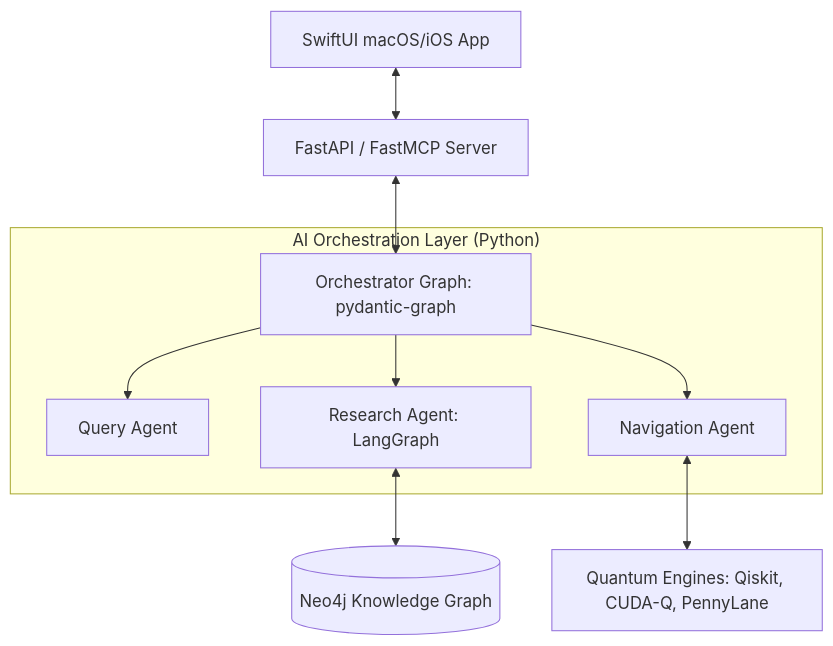
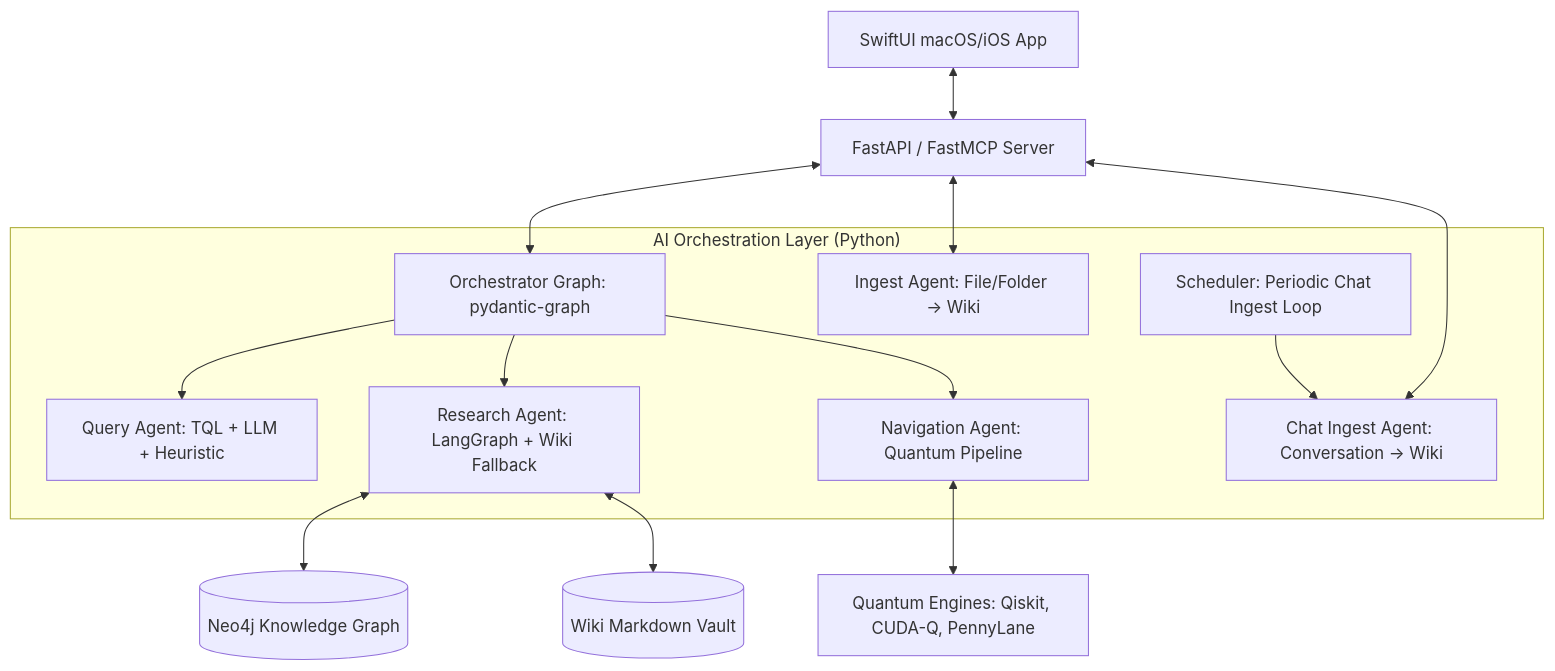
The diagram in README.md (mainza-ai/chickensoup), drawn with Mermaid before and after one commit. The commit also changed other lines of this file, not shown here.

Commit message:
docs: update README with chat-to-wiki pipeline, expanded agent architecture, 179-page wiki

````diff
--- a/README.md
+++ b/README.md
@@ -42,19 +45,26 @@
 ```mermaid
 graph TD
     UI[SwiftUI macOS/iOS App] <--> API[FastAPI / FastMCP Server]
     
     subgraph AI_Orch ["AI Orchestration Layer (Python)"]
         Orchestrator[Orchestrator Graph: pydantic-graph]
-        Query[Query Agent]
-        Research[Research Agent: LangGraph]
-        Navigator[Navigation Agent]
+        Query[Query Agent: TQL + LLM + Heuristic]
+        Research[Research Agent: LangGraph + Wiki Fallback]
+        Navigator[Navigation Agent: Quantum Pipeline]
+        Ingest[Ingest Agent: File/Folder → Wiki]
+        ChatIngest[Chat Ingest Agent: Conversation → Wiki]
+        Scheduler[Scheduler: Periodic Chat Ingest Loop]
         
         Orchestrator --> Query
         Orchestrator --> Research
         Orchestrator --> Navigator
+        Scheduler --> ChatIngest
     end
     
     API <--> Orchestrator
+    API <--> Ingest
+    API <--> ChatIngest
     Research <--> Graph[(Neo4j Knowledge Graph)]
+    Research <--> Wiki[(Wiki Markdown Vault)]
     Navigator <--> QEngine[Quantum Engines: Qiskit, CUDA-Q, PennyLane]
 ```
````
